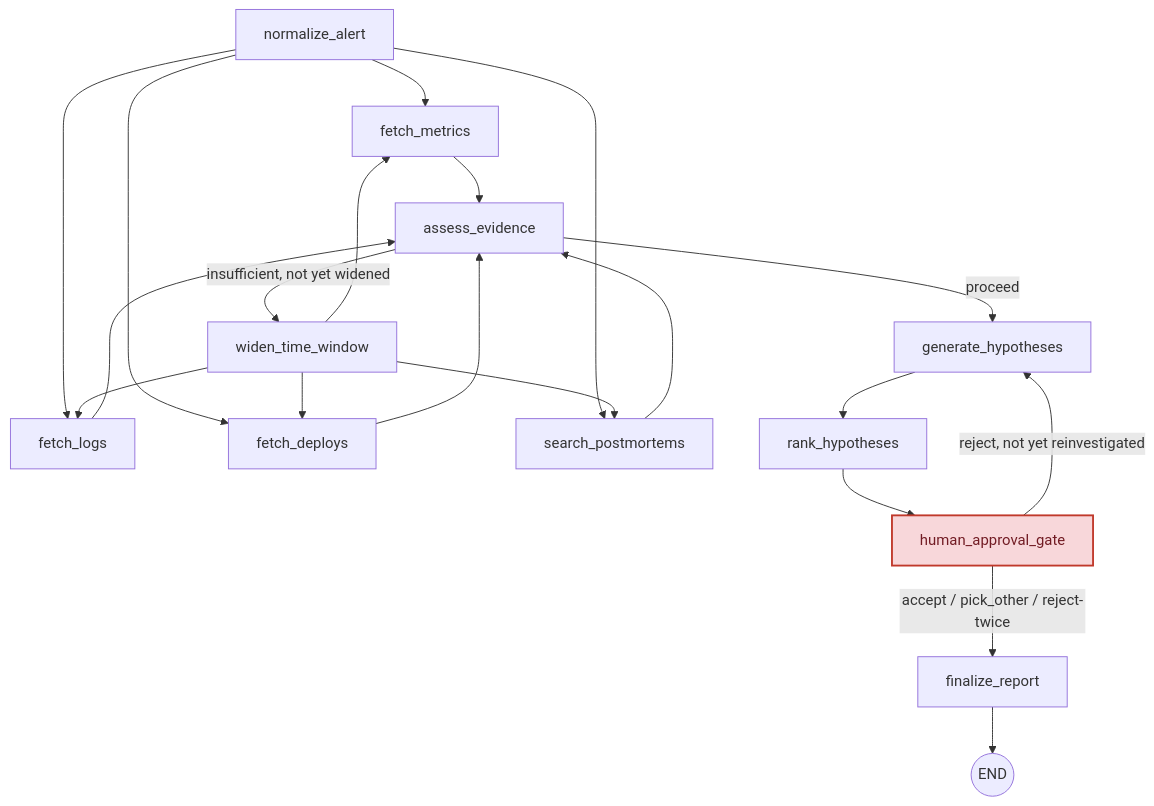
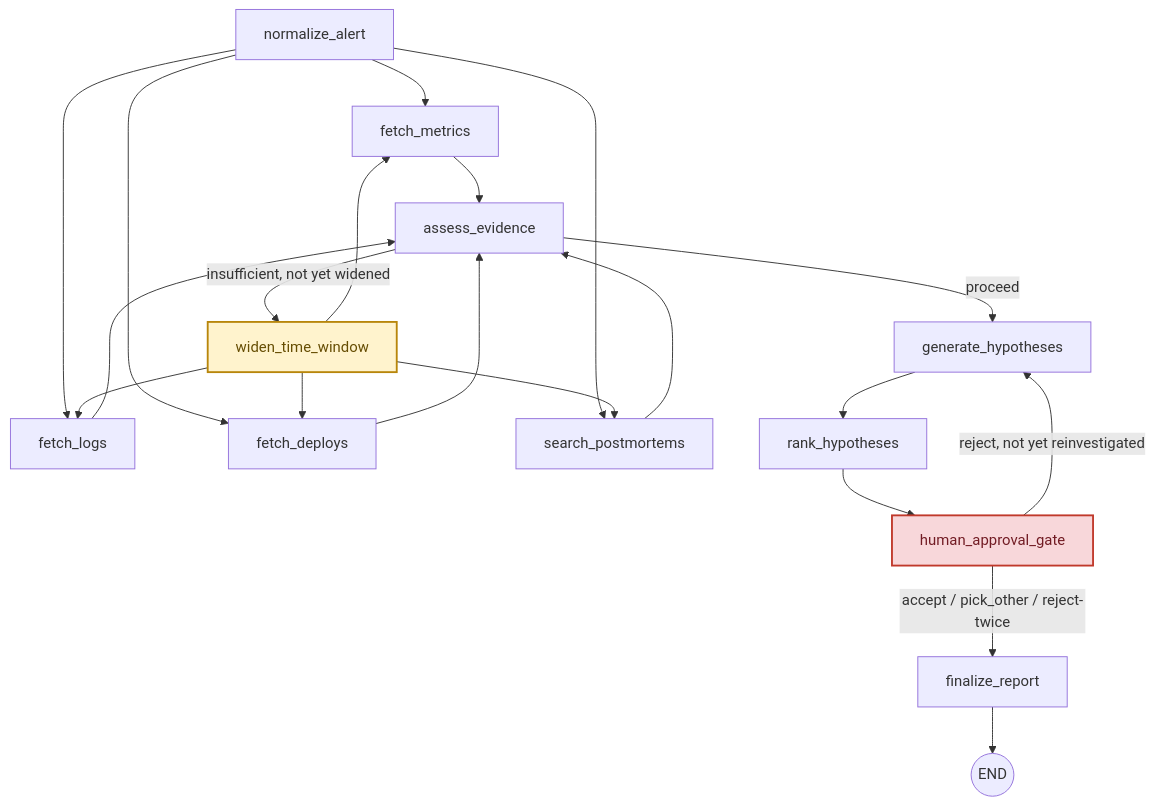
Before and after one commit to sankarchidam/triagegraph: the diagram in README.md, drawn with Mermaid.

Commit message:
Color widen_time_window amber in the architecture diagram
Distinct from human_approval_gate's red -- it's the other retry/loop
node in the graph, but a different kind (an automatic re-fetch, not a
pause for human input), so it gets a different color rather than the
same one.

````diff
--- a/README.md
+++ b/README.md
@@ -29,24 +29,25 @@
 ```mermaid
 flowchart TD
     normalize_alert --> fetch_metrics
     normalize_alert --> fetch_logs
     normalize_alert --> fetch_deploys
     normalize_alert --> search_postmortems
     widen_time_window --> fetch_metrics
     widen_time_window --> fetch_logs
     widen_time_window --> fetch_deploys
     widen_time_window --> search_postmortems
     fetch_metrics --> assess_evidence
     fetch_logs --> assess_evidence
     fetch_deploys --> assess_evidence
     search_postmortems --> assess_evidence
     assess_evidence -- insufficient, not yet widened --> widen_time_window
     assess_evidence -- proceed --> generate_hypotheses
     generate_hypotheses --> rank_hypotheses
     rank_hypotheses --> human_approval_gate
     human_approval_gate -- reject, not yet reinvestigated --> generate_hypotheses
     human_approval_gate -- accept / pick_other / reject-twice --> finalize_report
     finalize_report --> END((END))
 
     style human_approval_gate fill:#f8d7da,stroke:#c0392b,stroke-width:2px,color:#721c24
+    style widen_time_window fill:#fff3cd,stroke:#b8860b,stroke-width:2px,color:#664d03
 ```
````
